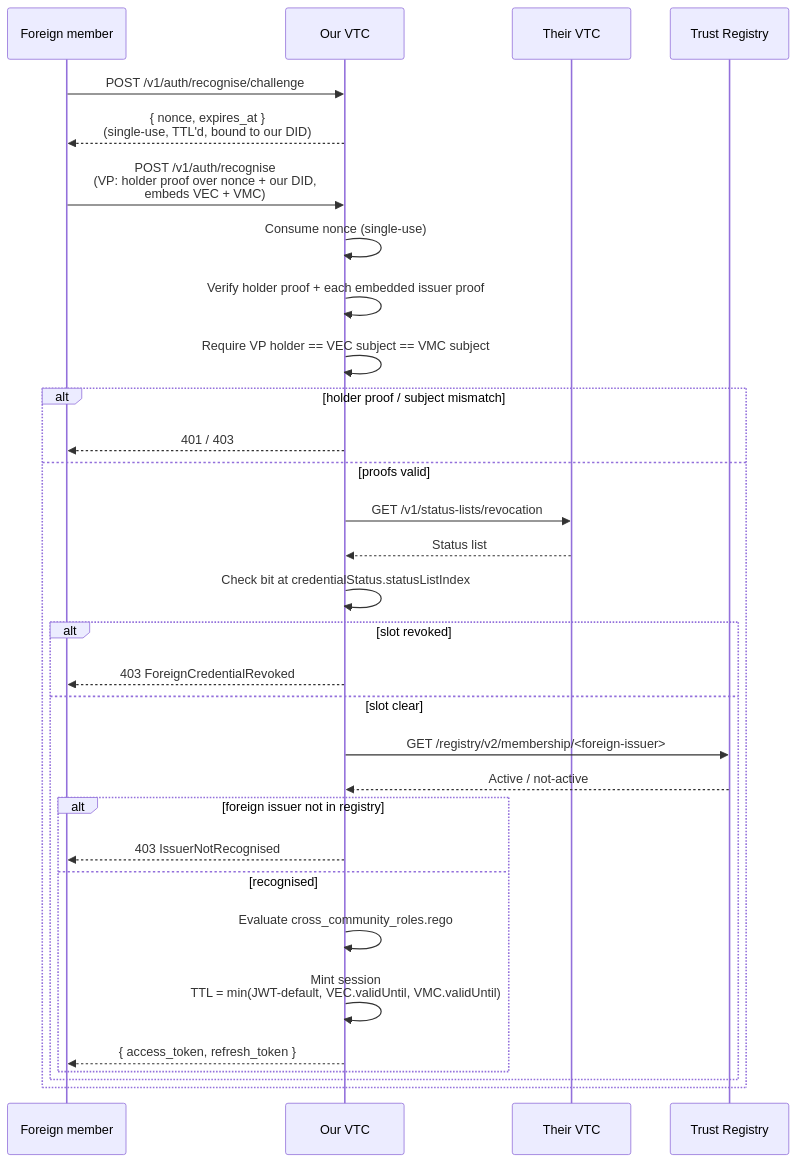
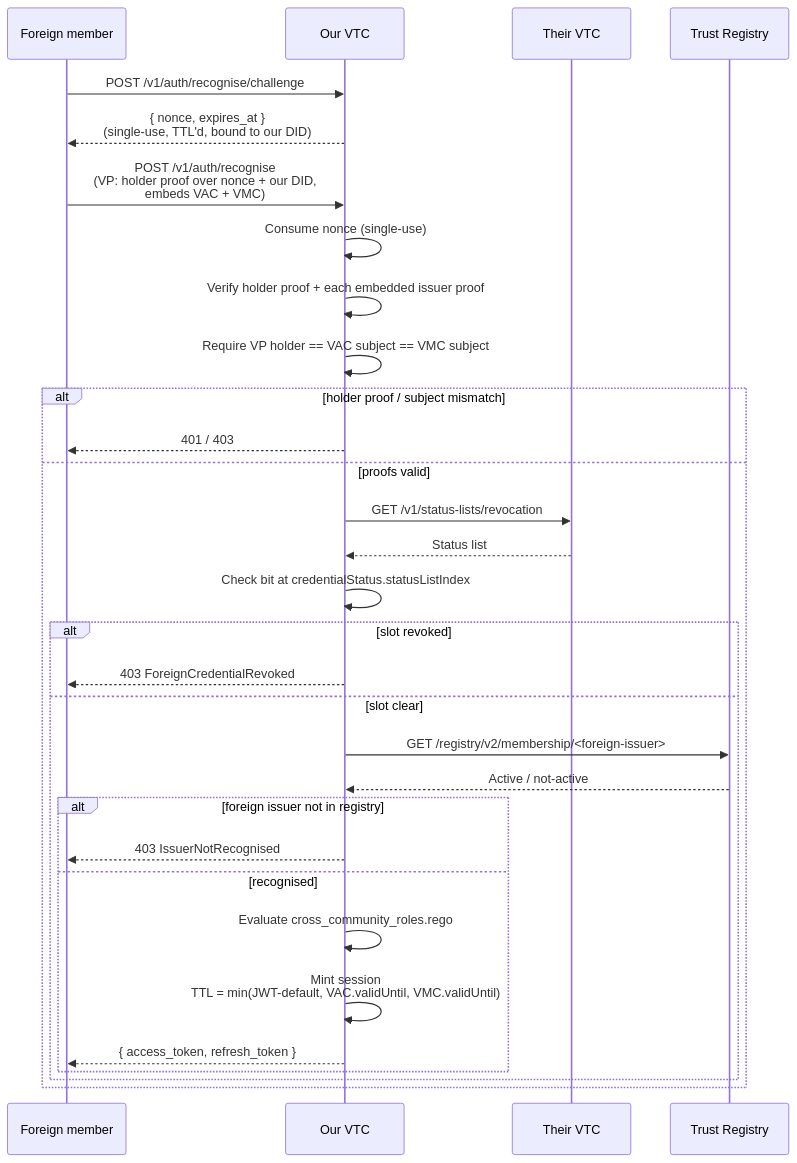
One commit to OpenVTC/verifiable-trust-infrastructure changed the fourth of 4 diagrams in docs/03-vtc/trust-registry.md. Above: the diagram before and after it, drawn with Mermaid. The commit also changed other lines of this file and 46 other files, not shown here.

````diff
--- a/docs/03-vtc/trust-registry.md
+++ b/docs/03-vtc/trust-registry.md
@@ -218,34 +222,34 @@
 ```mermaid
 sequenceDiagram
     participant M as Foreign member
     participant US as Our VTC
     participant FOREIGN as Their VTC
     participant TR as Trust Registry
 
     M->>US: POST /v1/auth/recognise/challenge
     US-->>M: { nonce, expires_at }<br/>(single-use, TTL'd, bound to our DID)
-    M->>US: POST /v1/auth/recognise<br/>(VP: holder proof over nonce + our DID,<br/>embeds VEC + VMC)
+    M->>US: POST /v1/auth/recognise<br/>(VP: holder proof over nonce + our DID,<br/>embeds VAC + VMC)
     US->>US: Consume nonce (single-use)
     US->>US: Verify holder proof + each embedded issuer proof
-    US->>US: Require VP holder == VEC subject == VMC subject
+    US->>US: Require VP holder == VAC subject == VMC subject
     alt holder proof / subject mismatch
         US-->>M: 401 / 403
     else proofs valid
         US->>FOREIGN: GET /v1/status-lists/revocation
         FOREIGN-->>US: Status list
         US->>US: Check bit at credentialStatus.statusListIndex
         alt slot revoked
             US-->>M: 403 ForeignCredentialRevoked
         else slot clear
             US->>TR: GET /registry/v2/membership/<foreign-issuer>
             TR-->>US: Active / not-active
             alt foreign issuer not in registry
                 US-->>M: 403 IssuerNotRecognised
             else recognised
                 US->>US: Evaluate cross_community_roles.rego
-                US->>US: Mint session<br/>TTL = min(JWT-default, VEC.validUntil, VMC.validUntil)
+                US->>US: Mint session<br/>TTL = min(JWT-default, VAC.validUntil, VMC.validUntil)
                 US-->>M: { access_token, refresh_token }
             end
         end
     end
 ```
````
